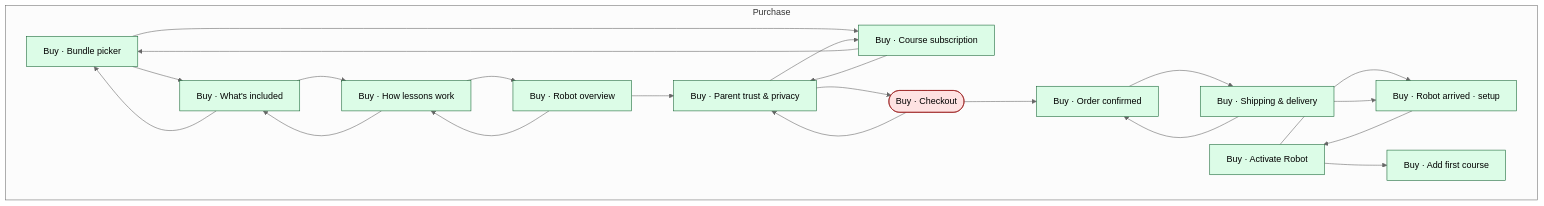
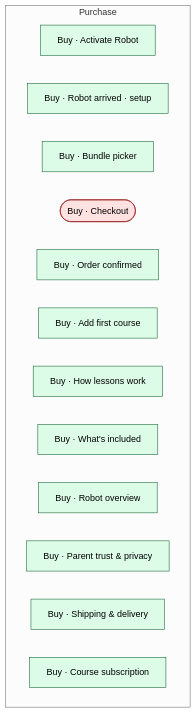
Before and after one commit to JSR-Algo/TJBOT-Mobile: the diagram in tbot-design/docs/flows/domains/purchase/flow.generated.mmd, drawn with Mermaid (neutral theme). The commit also changed 945 other files, not shown here.

```diff
--- a/tbot-design/docs/flows/domains/purchase/flow.generated.mmd
+++ b/tbot-design/docs/flows/domains/purchase/flow.generated.mmd
@@ -1,49 +1,21 @@
-%% GENERATED FROM nav-graph-data.json sha=a64610b0bee3. Do not edit by hand.
+%% GENERATED FROM nav-graph-data.json sha=99252d49ba12. Do not edit by hand.
 %% domain: purchase
 flowchart TD
   classDef happy fill:#dcfce7,stroke:#166534
   classDef edge  fill:#fee2e2,stroke:#991b1b
   subgraph Purchase["Purchase"]
     pr_activate["Buy · Activate Robot"]
     pr_arrived["Buy · Robot arrived · setup"]
     pr_bundle["Buy · Bundle picker"]
     pr_checkout(["Buy · Checkout"])
     pr_confirm["Buy · Order confirmed"]
     pr_first_course["Buy · Add first course"]
     pr_how["Buy · How lessons work"]
     pr_included["Buy · What's included"]
     pr_intro["Buy · Robot overview"]
     pr_privacy["Buy · Parent trust & privacy"]
     pr_shipping["Buy · Shipping & delivery"]
     pr_subs["Buy · Course subscription"]
   end
-  pr_activate --> pr_arrived
-  pr_activate --> pr_first_course
-  pr_arrived --> pr_activate
-  pr_bundle --> pr_included
-  pr_bundle --> pr_subs
-  pr_checkout --> pr_confirm
-  pr_checkout --> pr_privacy
-  pr_confirm --> pr_shipping
-  pr_how --> pr_included
-  pr_how --> pr_intro
-  pr_included --> pr_bundle
-  pr_included --> pr_how
-  pr_intro --> pr_how
-  pr_intro --> pr_privacy
-  pr_privacy --> pr_checkout
-  pr_privacy --> pr_subs
-  pr_shipping --> pr_arrived
-  pr_shipping --> pr_confirm
-  pr_subs --> pr_bundle
-  pr_subs --> pr_privacy
   class pr_activate,pr_arrived,pr_bundle,pr_confirm,pr_first_course,pr_how,pr_included,pr_intro,pr_privacy,pr_shipping,pr_subs happy
   class pr_checkout edge
-
-%% cross-domain outbound (handled in shared/cross-domain.flow.mmd):
-%%   pr_first_course -> cl_added (course-library)
-%%   pr_first_course -> cl_library (course-library)
-%%   pr_arrived -> dv_home (device)
-%%   pr_confirm -> dv_home (device)
-%%   pr_intro -> dv_home (device)
-%%   pr_shipping -> dv_home (device)
```
